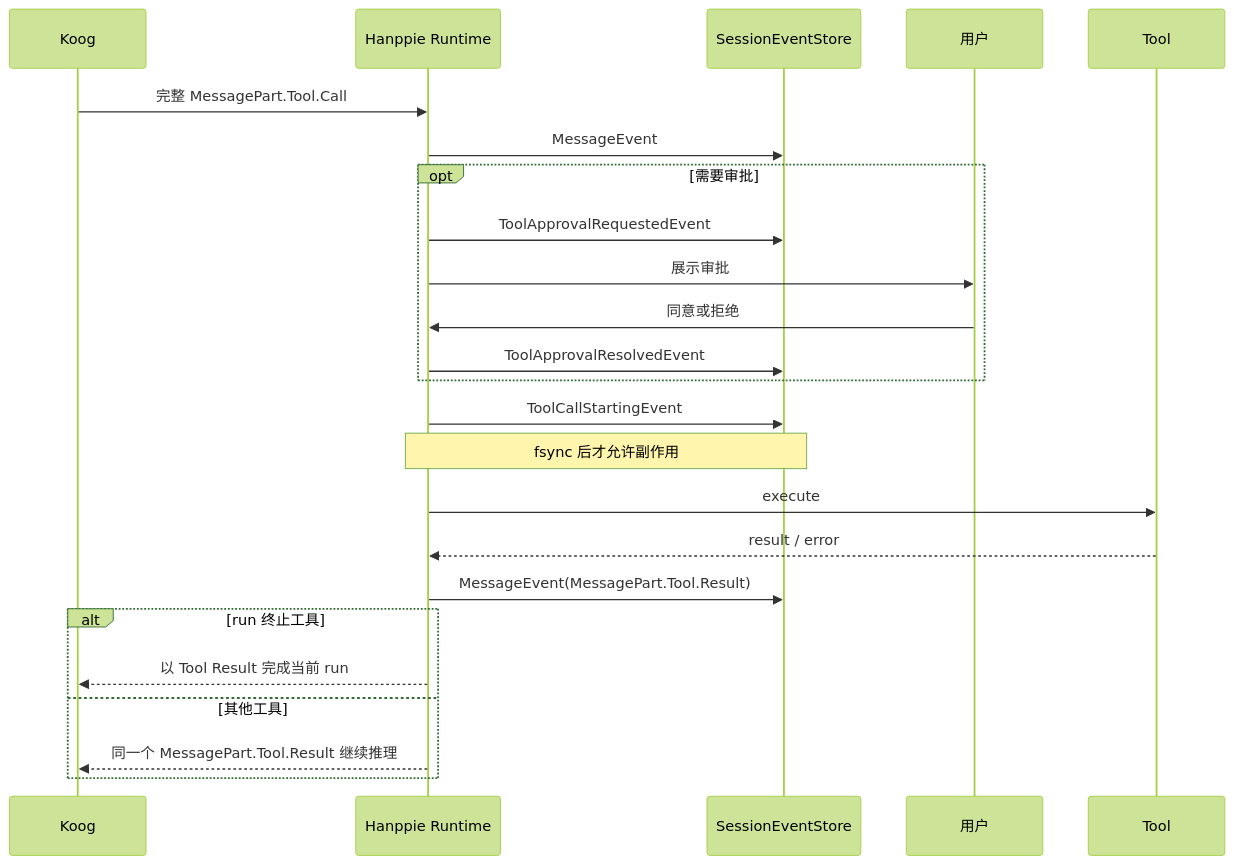
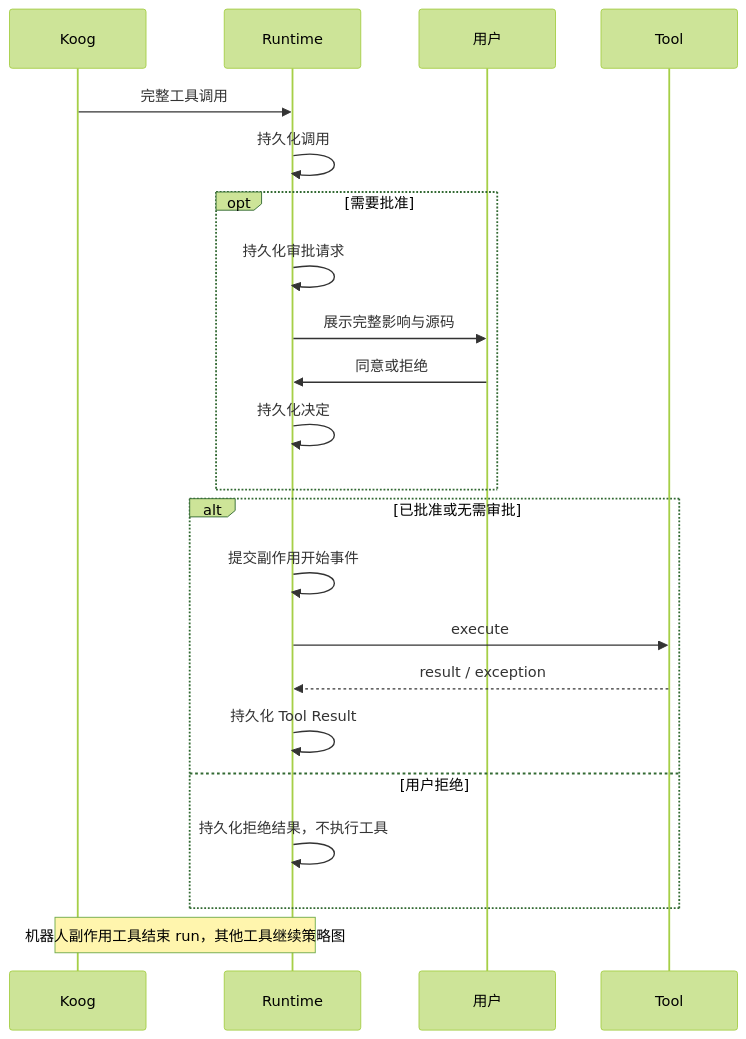
The third of 3 diagrams in docs/agent-runtime-plan.md (elonzh/hanppie), drawn with Mermaid (forest theme) before and after one commit. The commit also changed other lines of this file and 13 other files, not shown here.

````diff
--- a/docs/agent-runtime-plan.md
+++ b/docs/agent-runtime-plan.md
@@ -239,27 +78,24 @@
 ```mermaid
 sequenceDiagram
     participant K as Koog
-    participant R as Hanppie Runtime
-    participant E as SessionEventStore
+    participant R as Runtime
     participant U as 用户
     participant T as Tool
-
-    K->>R: 完整 MessagePart.Tool.Call
-    R->>E: MessageEvent
-    opt 需要审批
-        R->>E: ToolApprovalRequestedEvent
-        R->>U: 展示审批
+    K->>R: 完整工具调用
+    R->>R: 持久化调用
+    opt 需要批准
+        R->>R: 持久化审批请求
+        R->>U: 展示完整影响与源码
         U->>R: 同意或拒绝
-        R->>E: ToolApprovalResolvedEvent
+        R->>R: 持久化决定
     end
-    R->>E: ToolCallStartingEvent
-    Note over R,E: fsync 后才允许副作用
-    R->>T: execute
-    T-->>R: result / error
-    R->>E: MessageEvent(MessagePart.Tool.Result)
-    alt run 终止工具
-        R-->>K: 以 Tool Result 完成当前 run
-    else 其他工具
-        R-->>K: 同一个 MessagePart.Tool.Result 继续推理
+    alt 已批准或无需审批
+        R->>R: 提交副作用开始事件
+        R->>T: execute
+        T-->>R: result / exception
+        R->>R: 持久化 Tool Result
+    else 用户拒绝
+        R->>R: 持久化拒绝结果，不执行工具
     end
+    Note over K,R: 机器人副作用工具结束 run，其他工具继续策略图
 ```
````
